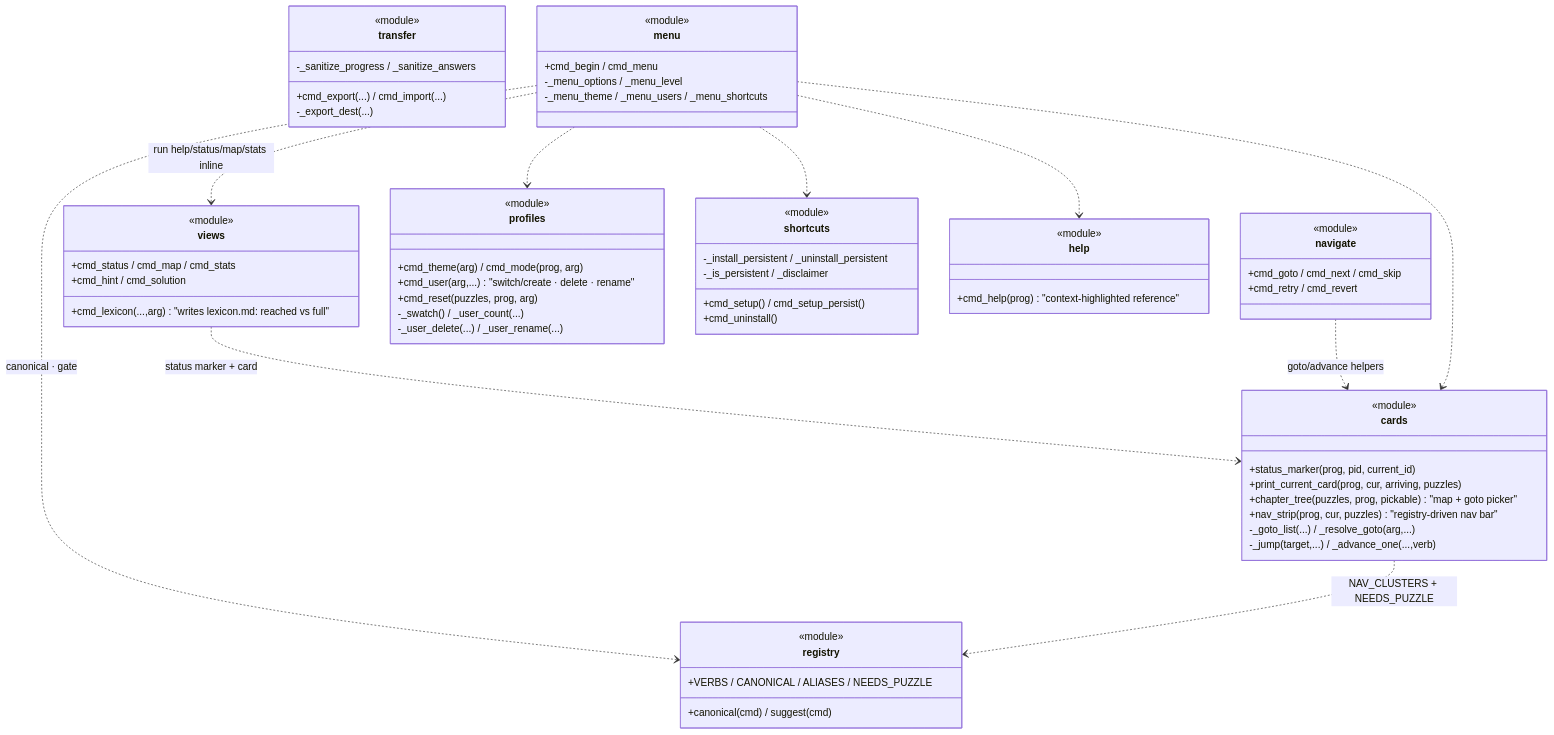
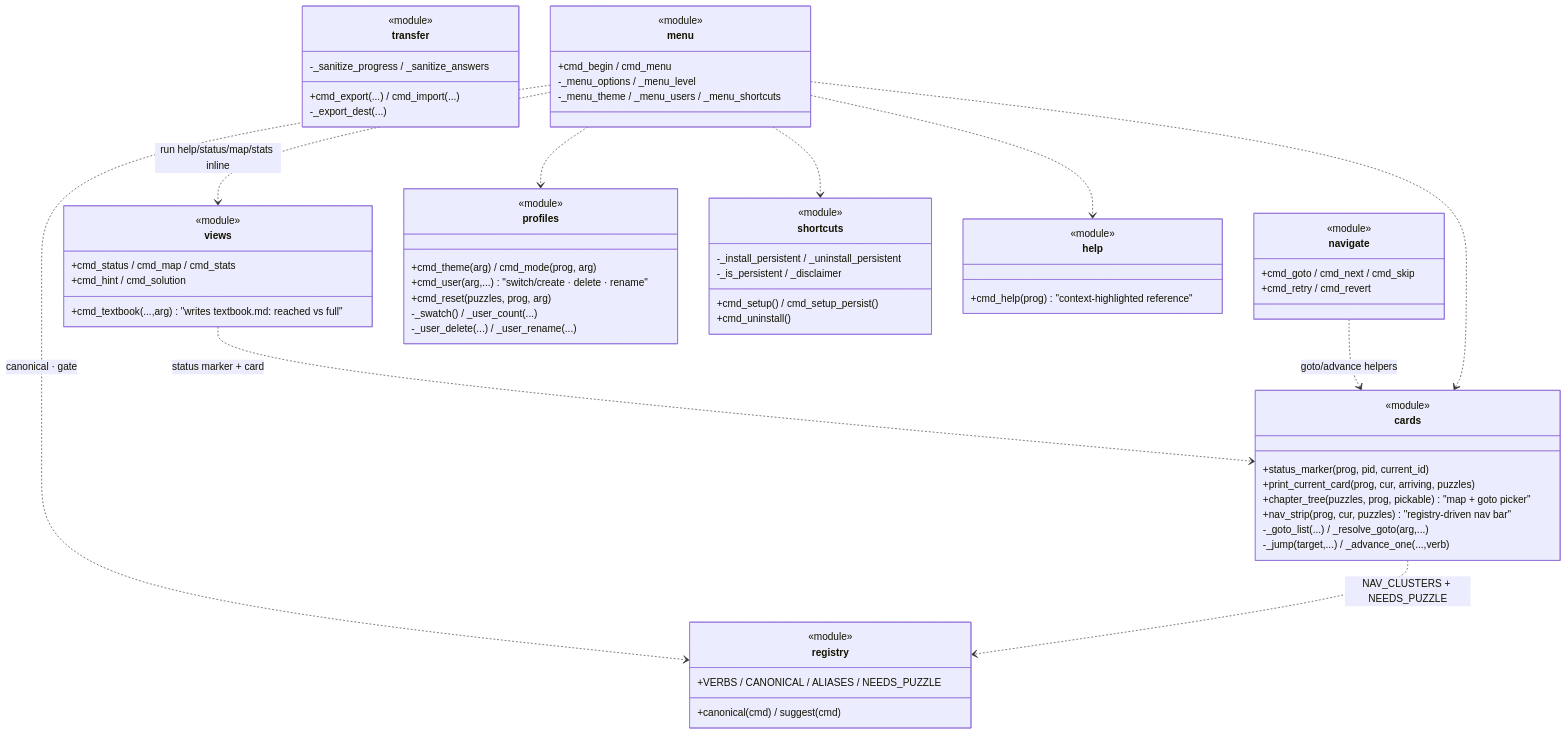
The second of 4 diagrams in docs/architecture/commands.md (N041M/PyQuest), drawn with Mermaid before and after one commit. The commit also changed other lines of this file and 13 other files, not shown here.

Commit message:
Rename lexicon to textbook; drop puzzle ids for a textbook-style reference

````diff
--- a/docs/architecture/commands.md
+++ b/docs/architecture/commands.md
@@ -51,68 +51,68 @@
 ```mermaid
 classDiagram
     class registry {
         <<module>>
         +VERBS / CANONICAL / ALIASES / NEEDS_PUZZLE
         +canonical(cmd) / suggest(cmd)
     }
     class cards {
         <<module>>
         +status_marker(prog, pid, current_id)
         +print_current_card(prog, cur, arriving, puzzles)
         +chapter_tree(puzzles, prog, pickable)  "map + goto picker"
         +nav_strip(prog, cur, puzzles)  "registry-driven nav bar"
         -_goto_list(...) / _resolve_goto(arg,...)
         -_jump(target,...) / _advance_one(...,verb)
     }
     class views {
         <<module>>
         +cmd_status / cmd_map / cmd_stats
         +cmd_hint / cmd_solution
-        +cmd_lexicon(...,arg)  "writes lexicon.md: reached vs full"
+        +cmd_textbook(...,arg)  "writes textbook.md: reached vs full"
     }
     class navigate {
         <<module>>
         +cmd_goto / cmd_next / cmd_skip
         +cmd_retry / cmd_revert
     }
     class profiles {
         <<module>>
         +cmd_theme(arg) / cmd_mode(prog, arg)
         +cmd_user(arg,...)  "switch/create · delete · rename"
         +cmd_reset(puzzles, prog, arg)
         -_swatch() / _user_count(...)
         -_user_delete(...) / _user_rename(...)
     }
     class transfer {
         <<module>>
         +cmd_export(...) / cmd_import(...)
         -_export_dest(...)
         -_sanitize_progress / _sanitize_answers
     }
     class shortcuts {
         <<module>>
         +cmd_setup() / cmd_setup_persist()
         +cmd_uninstall()
         -_install_persistent / _uninstall_persistent
         -_is_persistent / _disclaimer
     }
     class menu {
         <<module>>
         +cmd_begin / cmd_menu
         -_menu_options / _menu_level
         -_menu_theme / _menu_users / _menu_shortcuts
     }
     class help {
         <<module>>
         +cmd_help(prog)  "context-highlighted reference"
     }
     views ..> cards : status marker + card
     navigate ..> cards : goto/advance helpers
     menu ..> cards
     menu ..> profiles
     menu ..> shortcuts
     menu ..> views : run help/status/map/stats inline
     menu ..> help
     menu ..> registry : canonical · gate
     cards ..> registry : NAV_CLUSTERS + NEEDS_PUZZLE
 ```
````
